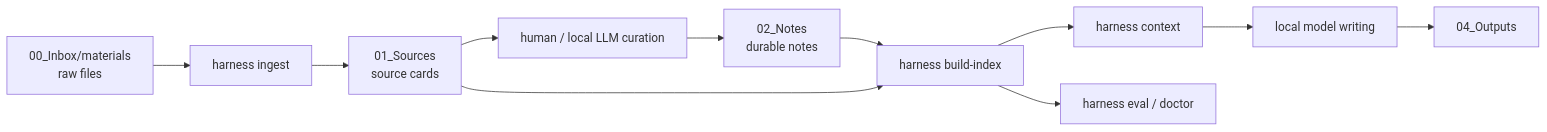
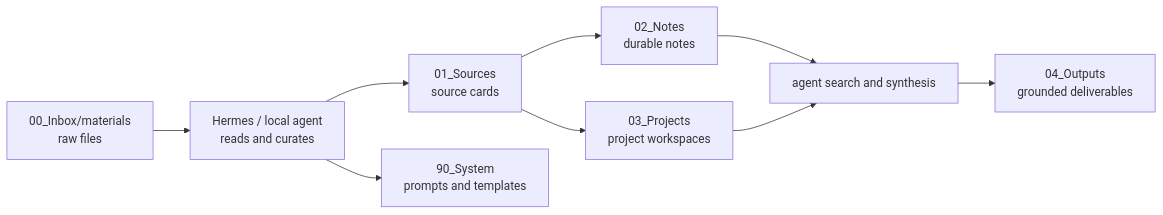
Before and after one commit to TongRao/wikiR: the diagram in docs/en/architecture.md, drawn with Mermaid. The commit also changed other lines of this file and 23 other files, not shown here.

First line of the commit message:
Refactor wikiR architecture and remove harness components

````diff
--- a/docs/en/architecture.md
+++ b/docs/en/architecture.md
@@ -5,13 +5,11 @@
 ```mermaid
 flowchart LR
-  A["00_Inbox/materials<br/>raw files"] --> B["harness ingest"]
+  A["00_Inbox/materials<br/>raw files"] --> B["Hermes / local agent<br/>reads and curates"]
   B --> C["01_Sources<br/>source cards"]
-  C --> D["human / local LLM curation"]
-  D --> E["02_Notes<br/>durable notes"]
-  E --> F["harness build-index"]
-  C --> F
-  F --> G["harness context"]
-  G --> H["local model writing"]
-  H --> I["04_Outputs"]
-  F --> J["harness eval / doctor"]
+  C --> D["02_Notes<br/>durable notes"]
+  C --> E["03_Projects<br/>project workspaces"]
+  D --> F["agent search and synthesis"]
+  E --> F
+  F --> G["04_Outputs<br/>grounded deliverables"]
+  B --> H["90_System<br/>prompts and templates"]
 ```
````
